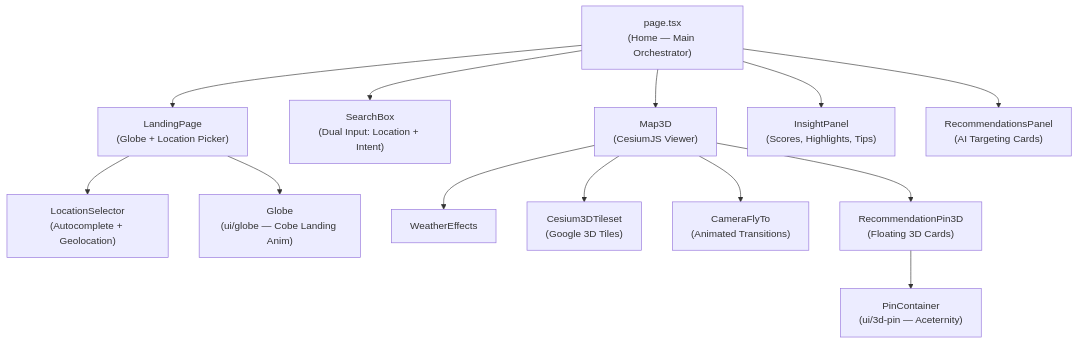
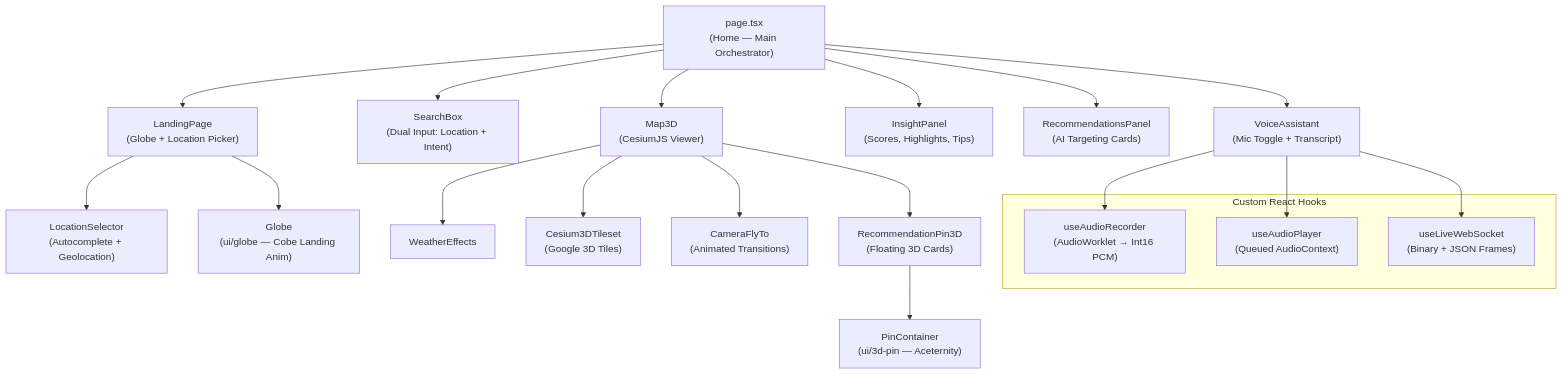
Before and after one commit to adityasugandhi/POView: the fourth of 4 diagrams in Documentation/architecture_review.md, drawn with Mermaid. The commit also changed other lines of this file and 26 other files, not shown here.

````diff
--- a/Documentation/architecture_review.md
+++ b/Documentation/architecture_review.md
@@ -268,29 +333,40 @@
 ```mermaid
 graph TD
     PAGE["page.tsx<br/>(Home — Main Orchestrator)"]
     LP["LandingPage<br/>(Globe + Location Picker)"]
     LS["LocationSelector<br/>(Autocomplete + Geolocation)"]
     SB["SearchBox<br/>(Dual Input: Location + Intent)"]
     MAP["Map3D<br/>(CesiumJS Viewer)"]
     WE["WeatherEffects"]
     C3D["Cesium3DTileset<br/>(Google 3D Tiles)"]
     CAM["CameraFlyTo<br/>(Animated Transitions)"]
     PIN["RecommendationPin3D<br/>(Floating 3D Cards)"]
     IP["InsightPanel<br/>(Scores, Highlights, Tips)"]
     RP["RecommendationsPanel<br/>(AI Targeting Cards)"]
     GLOBE["Globe<br/>(ui/globe — Cobe Landing Anim)"]
     PIN3D["PinContainer<br/>(ui/3d-pin — Aceternity)"]
+    VA["VoiceAssistant<br/>(Mic Toggle + Transcript)"]
+
+    subgraph Hooks["Custom React Hooks"]
+        HAR["useAudioRecorder<br/>(AudioWorklet → Int16 PCM)"]
+        HAP["useAudioPlayer<br/>(Queued AudioContext)"]
+        HWS["useLiveWebSocket<br/>(Binary + JSON Frames)"]
+    end
 
     PAGE --> LP
     PAGE --> SB
     PAGE --> MAP
     PAGE --> IP
     PAGE --> RP
+    PAGE --> VA
     LP --> LS
     LP --> GLOBE
     MAP --> WE
     MAP --> C3D
     MAP --> CAM
     MAP --> PIN
     PIN --> PIN3D
+    VA --> HAR
+    VA --> HAP
+    VA --> HWS
 ```
````
